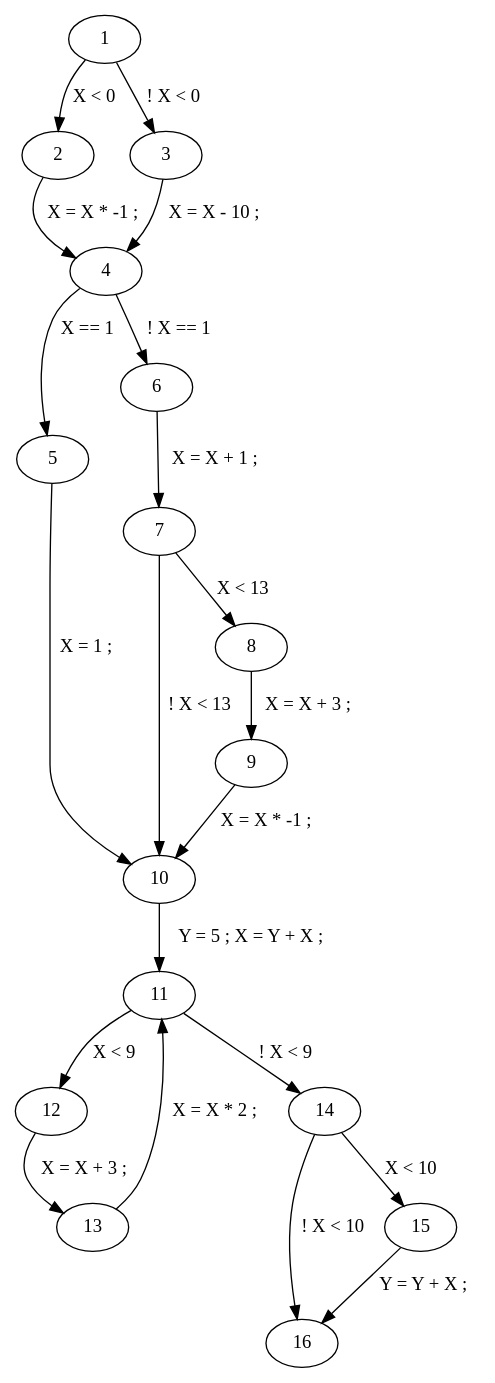
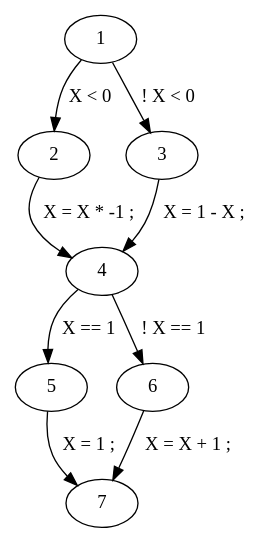
The diagram in cfg.dot (pvnieo/ivf-program-verifier), drawn with Graphviz before and after one commit. The commit also changed 26 other files, not shown here.

```diff
--- a/cfg.dot
+++ b/cfg.dot
@@ -1,38 +1,17 @@
 strict digraph  {
 1 [label=1];
 2 [label=2];
 3 [label=3];
 4 [label=4];
 5 [label=5];
 6 [label=6];
 7 [label=7];
-8 [label=8];
-9 [label=9];
-10 [label=10];
-11 [label=11];
-12 [label=12];
-13 [label=13];
-14 [label=14];
-15 [label=15];
-16 [label=16];
 1 -> 2  [label="X < 0"];
 1 -> 3  [label="! X < 0"];
 2 -> 4  [label="X = X * -1 ; "];
-3 -> 4  [label="X = X - 10 ; "];
+3 -> 4  [label="X = 1 - X ; "];
 4 -> 5  [label="X == 1"];
 4 -> 6  [label="! X == 1"];
-5 -> 10  [label="X = 1 ; "];
+5 -> 7  [label="X = 1 ; "];
 6 -> 7  [label="X = X + 1 ; "];
-7 -> 8  [label="X < 13"];
-7 -> 10  [label="! X < 13"];
-8 -> 9  [label="X = X + 3 ; "];
-9 -> 10  [label="X = X * -1 ; "];
-10 -> 11  [label="Y = 5 ; X = Y + X ; "];
-11 -> 12  [label="X < 9"];
-11 -> 14  [label="! X < 9"];
-12 -> 13  [label="X = X + 3 ; "];
-13 -> 11  [label="X = X * 2 ; "];
-14 -> 15  [label="X < 10"];
-14 -> 16  [label="! X < 10"];
-15 -> 16  [label="Y = Y + X ; "];
 }
```
